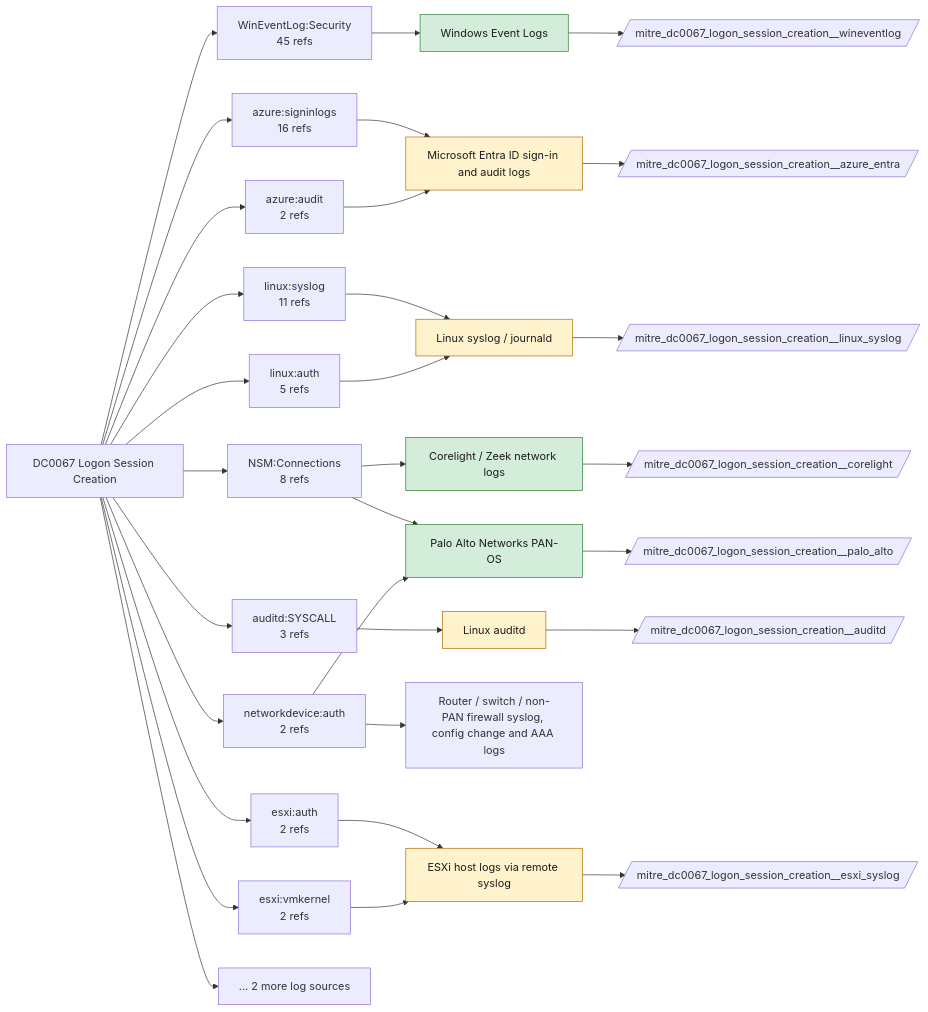
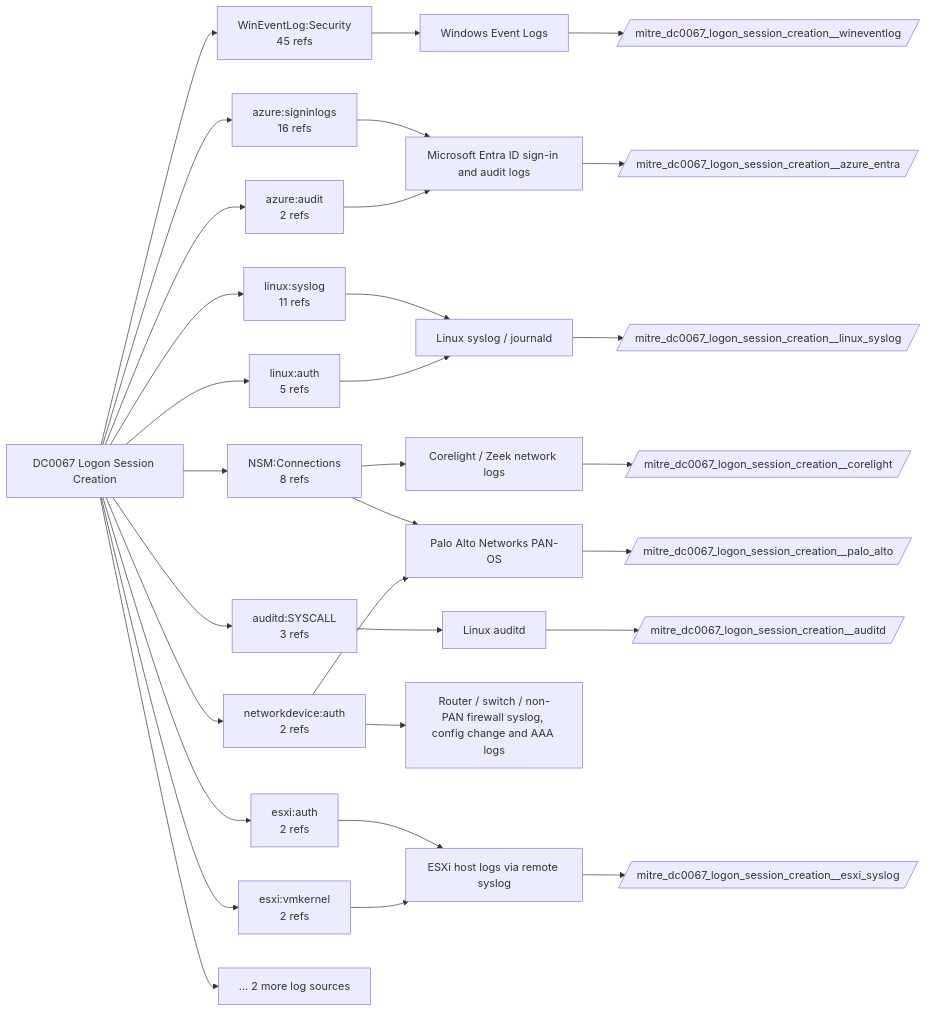
One commit to dev-nobytes-io/mitre-defensive-mappings-spl changed the diagram in docs/data-components/DC0067-logon-session-creation.md. Above: the diagram before and after it, drawn with Mermaid. The commit also changed other lines of this file and 366 other files, not shown here.

````diff
--- a/docs/data-components/DC0067-logon-session-creation.md
+++ b/docs/data-components/DC0067-logon-session-creation.md
@@ -19,51 +19,42 @@
 ```mermaid
 flowchart LR
   DC["DC0067 Logon Session Creation"]
   DC --> LS0["WinEventLog:Security<br/>45 refs"]
   F_wineventlog["Windows Event Logs"]
   LS0 --> F_wineventlog
   DC --> LS1["azure:signinlogs<br/>16 refs"]
   F_azure_entra["Microsoft Entra ID sign-in and audit logs"]
   LS1 --> F_azure_entra
   DC --> LS2["linux:syslog<br/>11 refs"]
   F_linux_syslog["Linux syslog / journald"]
   LS2 --> F_linux_syslog
   DC --> LS3["NSM:Connections<br/>8 refs"]
   F_corelight["Corelight / Zeek network logs"]
   LS3 --> F_corelight
   F_palo_alto["Palo Alto Networks PAN-OS"]
   LS3 --> F_palo_alto
   DC --> LS4["linux:auth<br/>5 refs"]
   LS4 --> F_linux_syslog
   DC --> LS5["auditd:SYSCALL<br/>3 refs"]
   F_auditd["Linux auditd"]
   LS5 --> F_auditd
   DC --> LS6["networkdevice:auth<br/>2 refs"]
   LS6 --> F_palo_alto
   F_netdev_syslog["Router / switch / non-PAN firewall syslog, config change and AAA logs"]
   LS6 --> F_netdev_syslog
   DC --> LS7["azure:audit<br/>2 refs"]
   LS7 --> F_azure_entra
   DC --> LS8["esxi:auth<br/>2 refs"]
   F_esxi_syslog["ESXi host logs via remote syslog"]
   LS8 --> F_esxi_syslog
   DC --> LS9["esxi:vmkernel<br/>2 refs"]
   LS9 --> F_esxi_syslog
   DC --> MORE["... 2 more log sources"]
+  F_auditd --> ET_auditd[/"mitre_dc0067_logon_session_creation__auditd"/]
+  F_azure_entra --> ET_azure_entra[/"mitre_dc0067_logon_session_creation__azure_entra"/]
   F_corelight --> ET_corelight[/"mitre_dc0067_logon_session_creation__corelight"/]
-  class F_corelight live
+  F_esxi_syslog --> ET_esxi_syslog[/"mitre_dc0067_logon_session_creation__esxi_syslog"/]
+  F_linux_syslog --> ET_linux_syslog[/"mitre_dc0067_logon_session_creation__linux_syslog"/]
   F_palo_alto --> ET_palo_alto[/"mitre_dc0067_logon_session_creation__palo_alto"/]
-  class F_palo_alto live
   F_wineventlog --> ET_wineventlog[/"mitre_dc0067_logon_session_creation__wineventlog"/]
-  class F_wineventlog live
-  F_auditd --> ET_auditd[/"mitre_dc0067_logon_session_creation__auditd"/]
-  class F_auditd ready
-  F_azure_entra --> ET_azure_entra[/"mitre_dc0067_logon_session_creation__azure_entra"/]
-  class F_azure_entra ready
-  F_esxi_syslog --> ET_esxi_syslog[/"mitre_dc0067_logon_session_creation__esxi_syslog"/]
-  class F_esxi_syslog ready
-  F_linux_syslog --> ET_linux_syslog[/"mitre_dc0067_logon_session_creation__linux_syslog"/]
-  class F_linux_syslog ready
-  classDef live fill:#d4edda,stroke:#2e7d32,color:#1b1b1b
-  classDef ready fill:#fff3cd,stroke:#b26a00,color:#1b1b1b
 ```
````
